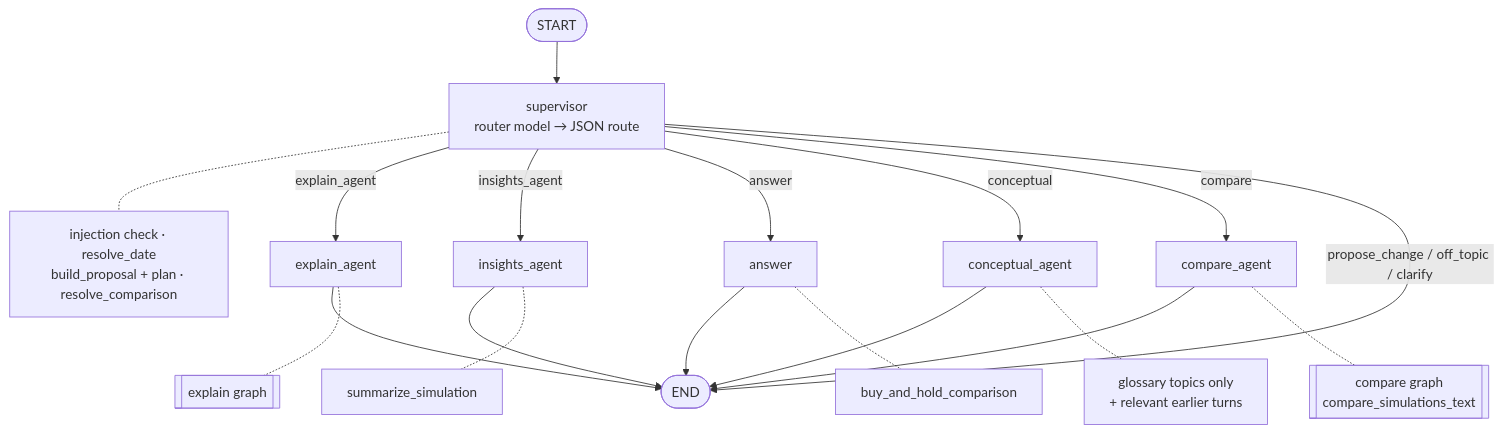
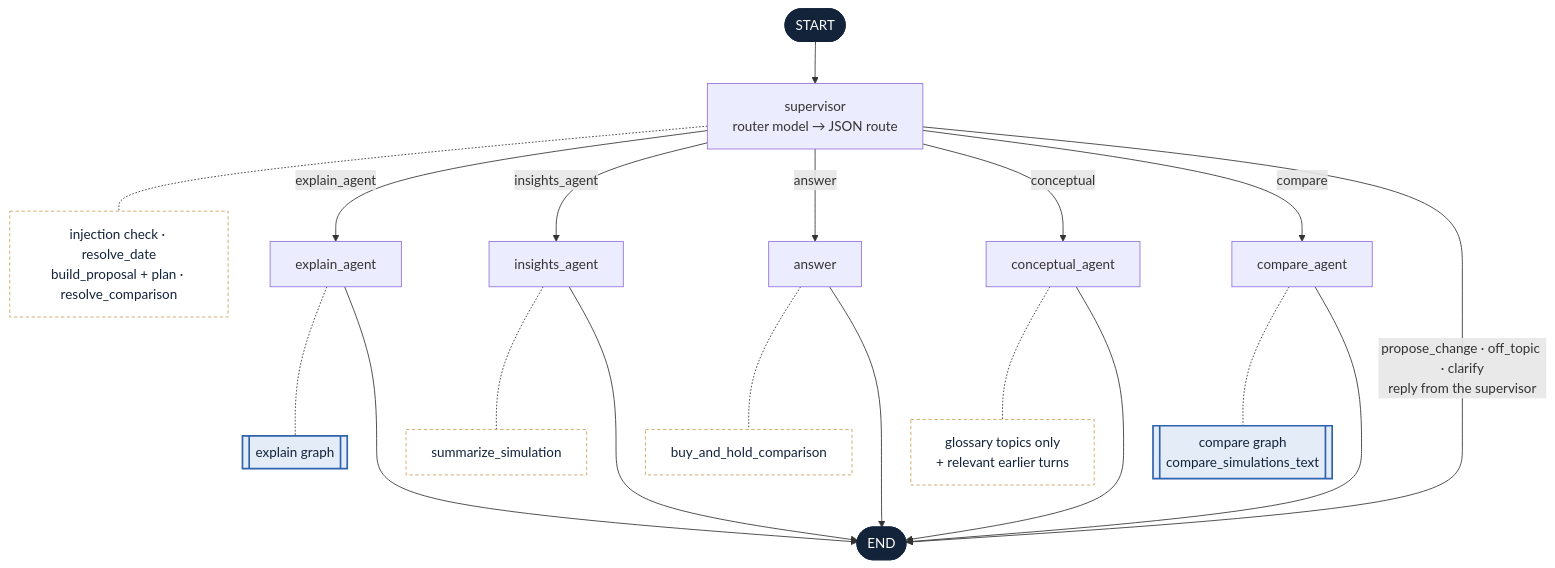
The third of 9 diagrams in docs/agents.md (CardozoEIA/trading_simulator), drawn with Mermaid before and after one commit. The commit also changed other lines of this file and 8 other files, not shown here.

First line of the commit message:
docs(agents): export every per-agent diagram with its tools

````diff
--- a/docs/agents.md
+++ b/docs/agents.md
@@ -73,18 +113,30 @@
 ```mermaid
 flowchart TB
     S([START]) --> SUP[supervisor<br/>router model → JSON route]
     SUP -.- h[injection check · resolve_date<br/>build_proposal + plan · resolve_comparison]
     SUP -->|explain_agent| EA[explain_agent]
     SUP -->|insights_agent| IA[insights_agent]
     SUP -->|answer| AN[answer]
     SUP -->|conceptual| CA[conceptual_agent]
     SUP -->|compare| CO[compare_agent]
-    SUP -->|propose_change / off_topic / clarify| E([END])
-    EA & IA & AN & CA & CO --> E
+    SUP -->|"propose_change · off_topic · clarify<br/>reply from the supervisor"| E([END])
 
     EA -.- g1[[explain graph]]
     IA -.- t1[summarize_simulation]
     AN -.- t2[buy_and_hold_comparison]
     CA -.- t3[glossary topics only<br/>+ relevant earlier turns]
     CO -.- g2[[compare graph<br/>compare_simulations_text]]
+    g1 ~~~ E
+    t1 ~~~ E
+    t2 ~~~ E
+    t3 ~~~ E
+    g2 ~~~ E
+    EA & IA & AN & CA & CO --> E
+
+    classDef io fill:#13233a,stroke:#13233a,color:#ffffff
+    classDef tool fill:#ffffff,stroke:#c9a15c,stroke-dasharray:4 3,color:#13233a
+    classDef subflow fill:#e4ecf8,stroke:#2f63ad,stroke-width:2px,color:#13233a
+    class S,E io
+    class h,t1,t2,t3 tool
+    class g1,g2 subflow
 ```
````
